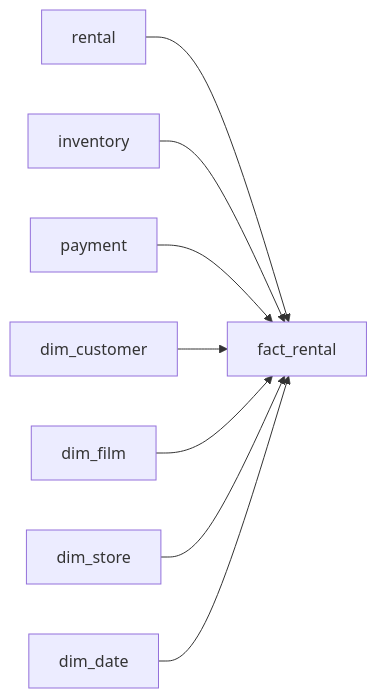
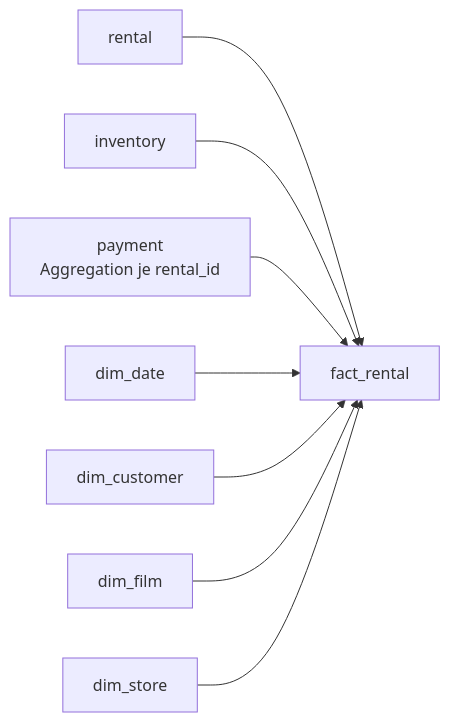
One commit to t-rasiah/sakila-data-warehouse changed the fourth of 4 diagrams in docs/dokumentation.md. Above: the diagram before and after it, drawn with Mermaid. The commit also changed other lines of this file, not shown here.

````diff
--- a/docs/dokumentation.md
+++ b/docs/dokumentation.md
@@ -605,19 +384,10 @@
 ```mermaid
 flowchart LR
-    R["rental"]
-    I["inventory"]
-    P["payment"]
-    DC["dim_customer"]
-    DF["dim_film"]
-    DS["dim_store"]
-    DD["dim_date"]
-    F["fact_rental"]
-
-    R --> F
-    I --> F
-    P --> F
-    DC --> F
-    DF --> F
-    DS --> F
-    DD --> F
+    R["rental"] --> F["fact_rental"]
+    I["inventory"] --> F
+    P["payment<br>Aggregation je rental_id"] --> F
+    D["dim_date"] --> F
+    C["dim_customer"] --> F
+    M["dim_film"] --> F
+    S["dim_store"] --> F
 ```
````
